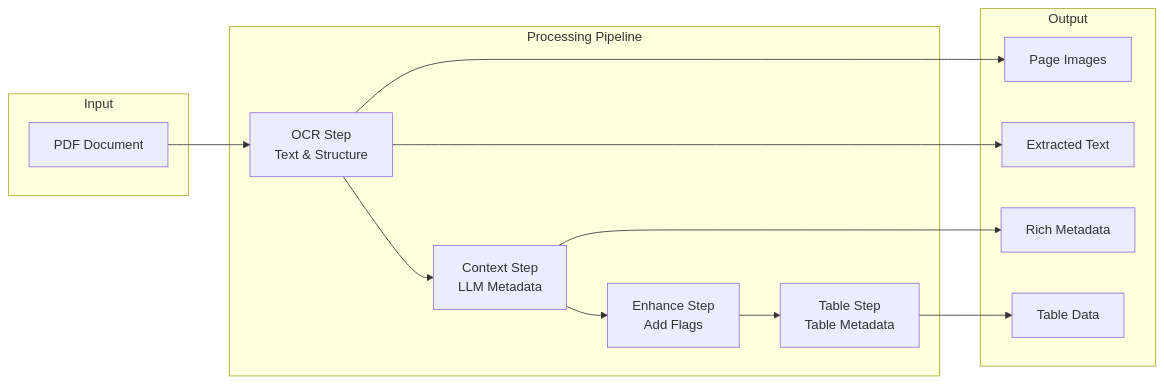
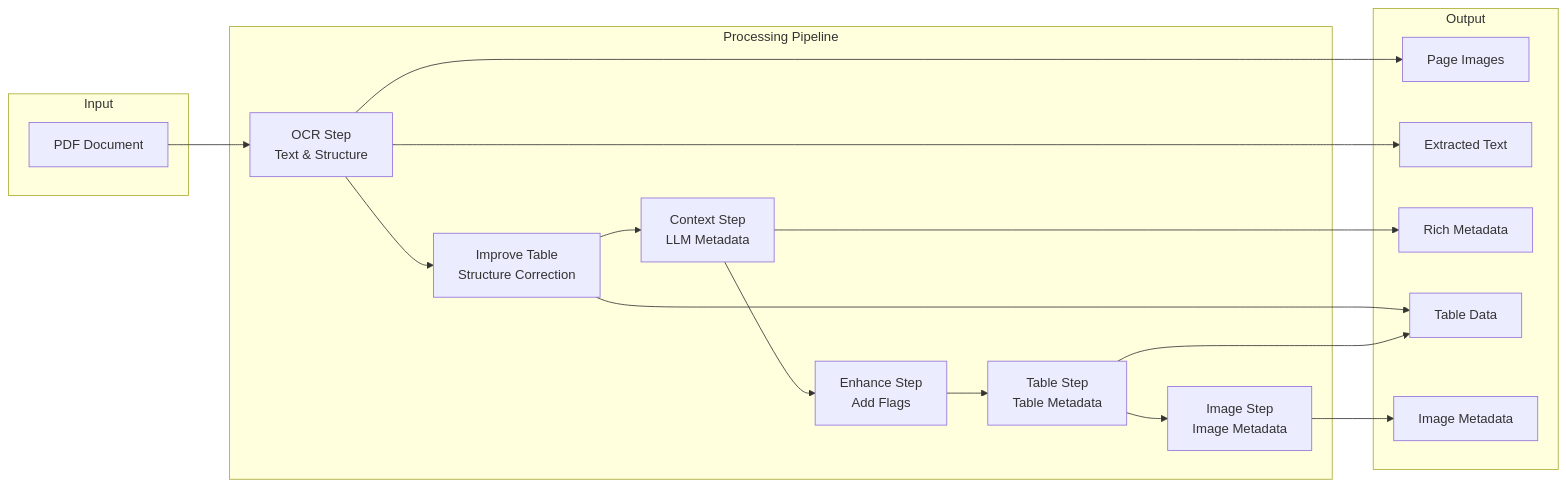
Before and after one commit to hypeprlane/complex-pdf-rag: the diagram in README.md, drawn with Mermaid. The commit also changed other lines of this file and 17 other files, not shown here.

````diff
--- a/README.md
+++ b/README.md
@@ -46,30 +46,37 @@
 ```mermaid
 flowchart LR
     subgraph Input [Input]
         PDF[PDF Document]
     end
     
     subgraph Pipeline [Processing Pipeline]
         OCR[OCR Step<br/>Text & Structure]
+        IMP[Improve Table<br/>Structure Correction]
         CTX[Context Step<br/>LLM Metadata]
         ENH[Enhance Step<br/>Add Flags]
         TBL[Table Step<br/>Table Metadata]
+        IMG_STEP[Image Step<br/>Image Metadata]
     end
     
     subgraph Output [Output]
         IMG[Page Images]
         TXT[Extracted Text]
         META[Rich Metadata]
         TBLS[Table Data]
+        IMG_META[Image Metadata]
     end
     
     PDF --> OCR
-    OCR --> CTX
+    OCR --> IMP
+    IMP --> CTX
     CTX --> ENH
     ENH --> TBL
+    TBL --> IMG_STEP
     
     OCR --> IMG
     OCR --> TXT
+    IMP --> TBLS
     CTX --> META
     TBL --> TBLS
+    IMG_STEP --> IMG_META
 ```
````
